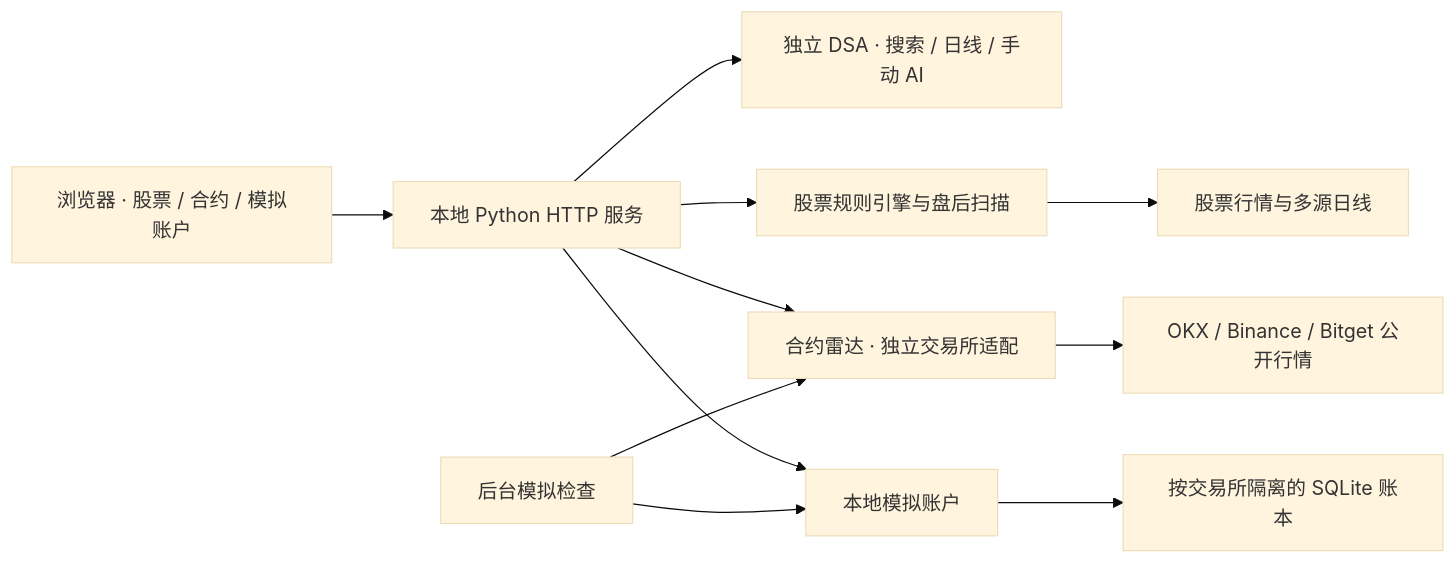
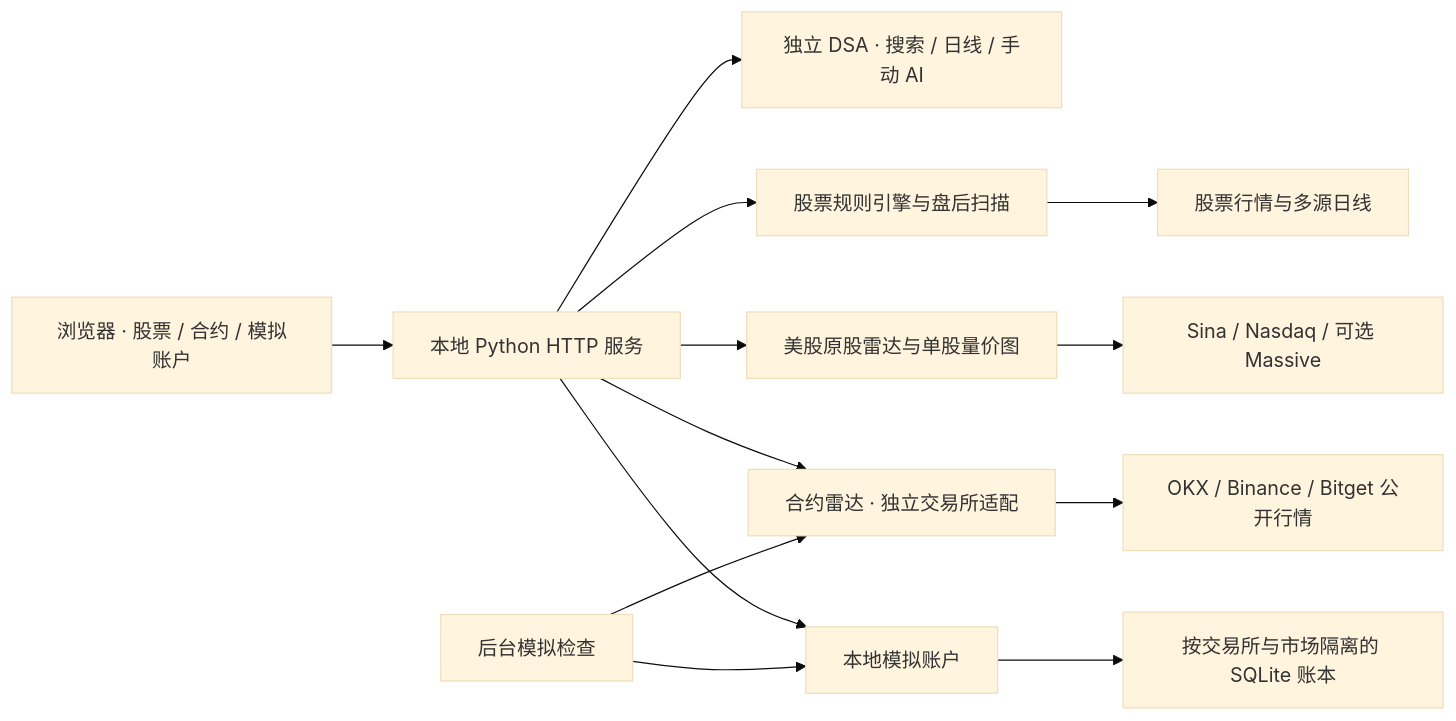
The diagram in README.md (476139183/ai-MarketDashboard), drawn with Mermaid (base theme) before and after one commit. The commit also changed other lines of this file and 5 other files, not shown here.

First line of the commit message:
完善中英文 README、界面截图与 GitHub 项目发现说明

````diff
--- a/README.md
+++ b/README.md
@@ -327,13 +414,15 @@
 ```mermaid
 flowchart LR
     Browser["浏览器 · 股票 / 合约 / 模拟账户"] --> Web["本地 Python HTTP 服务"]
     Web --> DSA["独立 DSA · 搜索 / 日线 / 手动 AI"]
     Web --> Stocks["股票规则引擎与盘后扫描"]
     Stocks --> Feeds["股票行情与多源日线"]
+    Web --> USRadar["美股原股雷达与单股量价图"]
+    USRadar --> USFeeds["Sina / Nasdaq / 可选 Massive"]
     Web --> Radar["合约雷达 · 独立交易所适配"]
     Radar --> Exchanges["OKX / Binance / Bitget 公开行情"]
     Web --> Paper["本地模拟账户"]
     Worker["后台模拟检查"] --> Radar
     Worker --> Paper
-    Paper --> DB["按交易所隔离的 SQLite 账本"]
+    Paper --> DB["按交易所与市场隔离的 SQLite 账本"]
 ```
````
